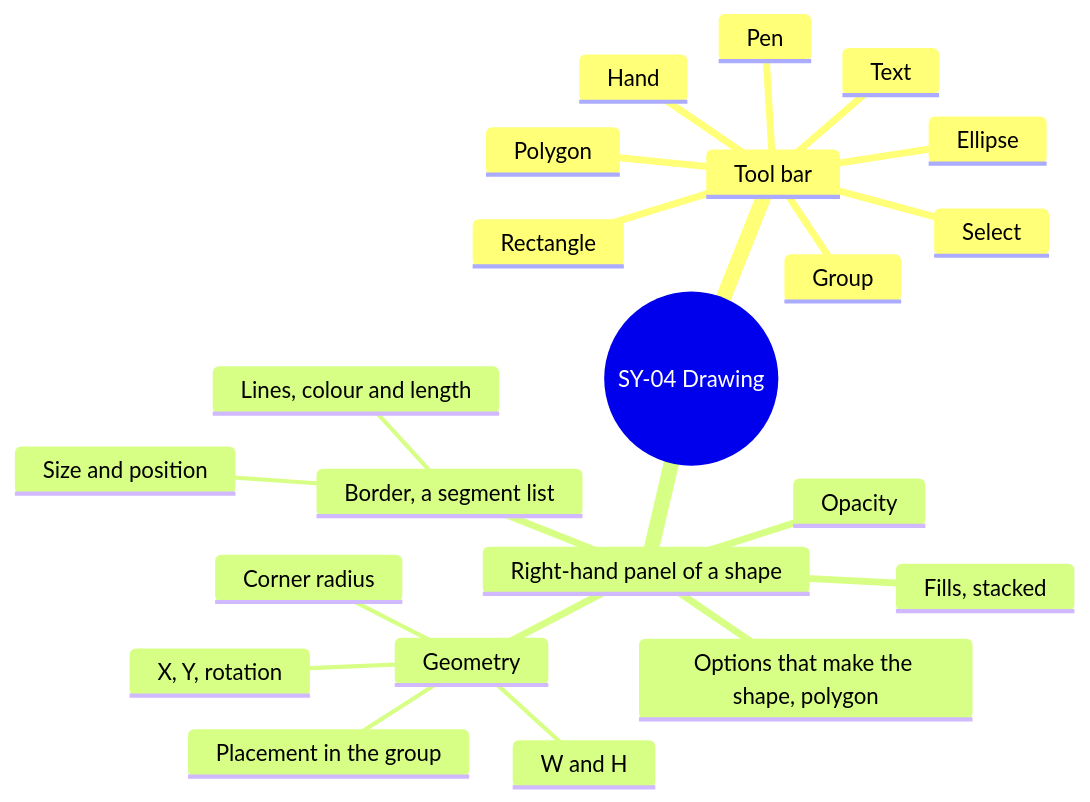
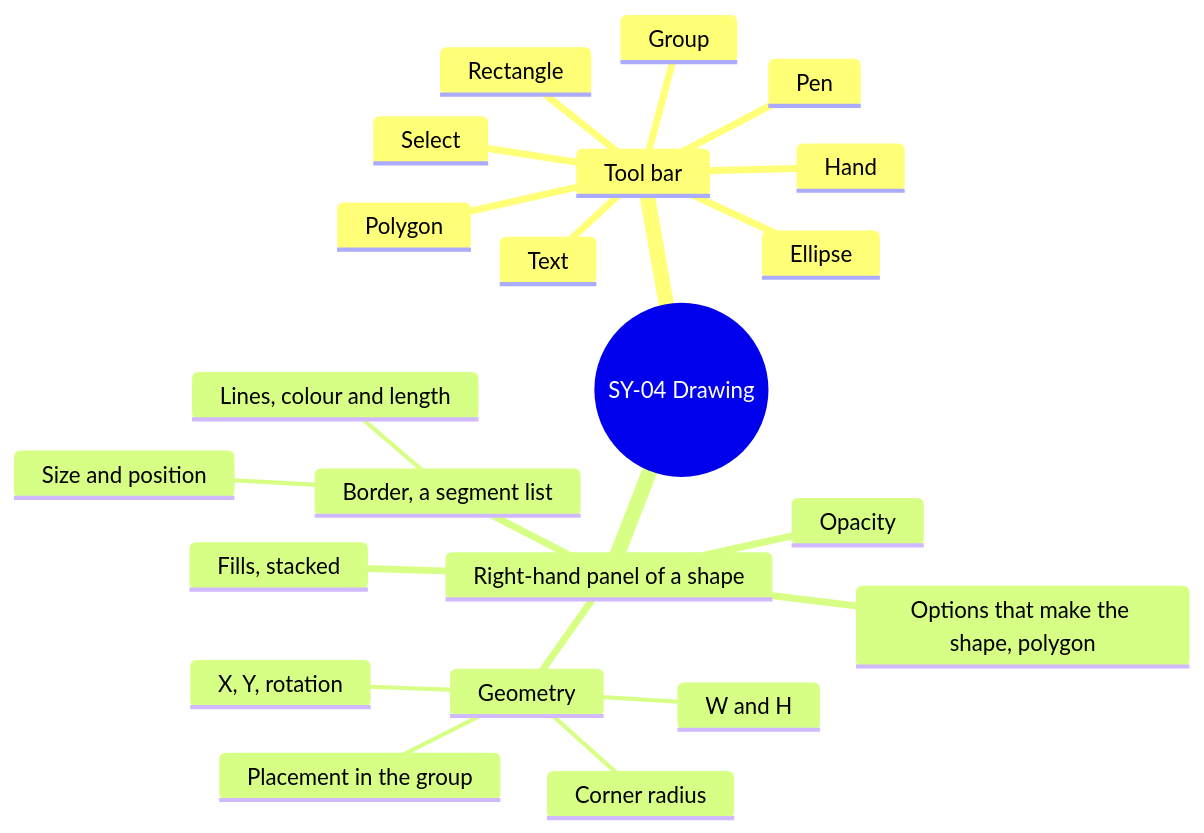
One commit to AlexandreGallais/synoptic-studio-spec changed the sixth of 15 diagrams in screens/symbols.md. Above: the diagram before and after it, drawn with Mermaid. The commit also changed other lines of this file and 12 other files, not shown here.

````diff
--- a/screens/symbols.md
+++ b/screens/symbols.md
@@ -178,25 +182,25 @@
 ```mermaid
 mindmap
   root((SY-04 Drawing))
     Tool bar
       Select
       Hand
       Group
       Rectangle
       Ellipse
       Polygon
       Pen
       Text
     Right-hand panel of a shape
       Options that make the shape, polygon
       Geometry
         W and H
         X, Y, rotation
         Placement in the group
         Corner radius
+      Opacity
       Fills, stacked
       Border, a segment list
         Lines, colour and length
         Size and position
-      Opacity
 ```
````
